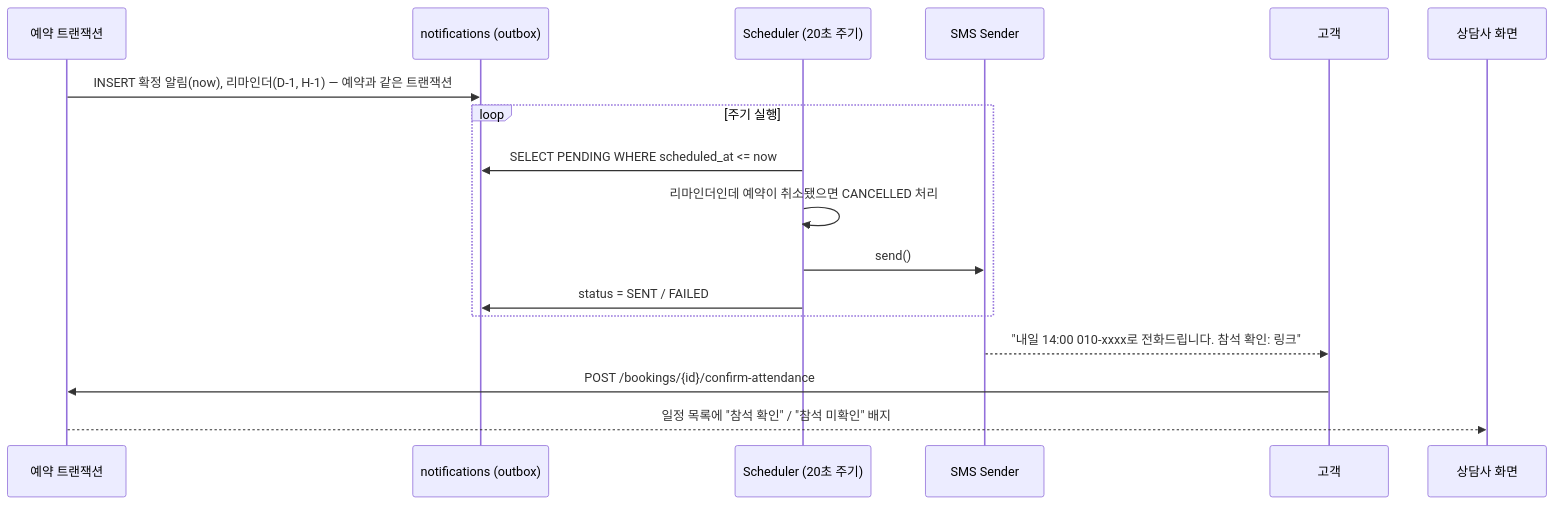
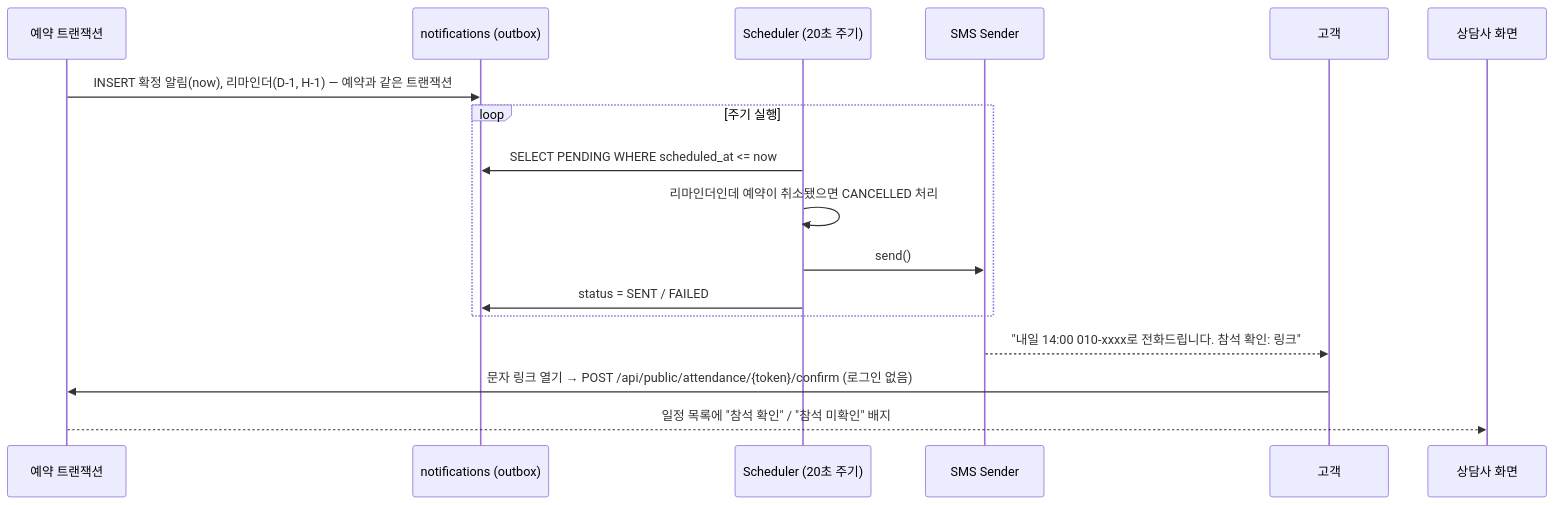
One commit to khj0317/Allosta changed the seventh of 8 diagrams in docs/03-system-design.md. Above: the diagram before and after it, drawn with Mermaid. The commit also changed other lines of this file and 23 other files, not shown here.

````diff
--- a/docs/03-system-design.md
+++ b/docs/03-system-design.md
@@ -317,20 +317,20 @@
 ```mermaid
 sequenceDiagram
     participant API as 예약 트랜잭션
     participant N as notifications (outbox)
     participant SCH as Scheduler (20초 주기)
     participant SMS as SMS Sender
     participant U as 고객
     participant CS as 상담사 화면
 
     API->>N: INSERT 확정 알림(now), 리마인더(D-1, H-1) — 예약과 같은 트랜잭션
     loop 주기 실행
         SCH->>N: SELECT PENDING WHERE scheduled_at <= now
         SCH->>SCH: 리마인더인데 예약이 취소됐으면 CANCELLED 처리
         SCH->>SMS: send()
         SCH->>N: status = SENT / FAILED
     end
     SMS-->>U: "내일 14:00 010-xxxx로 전화드립니다. 참석 확인: 링크"
-    U->>API: POST /bookings/{id}/confirm-attendance
+    U->>API: 문자 링크 열기 → POST /api/public/attendance/{token}/confirm (로그인 없음)
     API-->>CS: 일정 목록에 "참석 확인" / "참석 미확인" 배지
 ```
````
